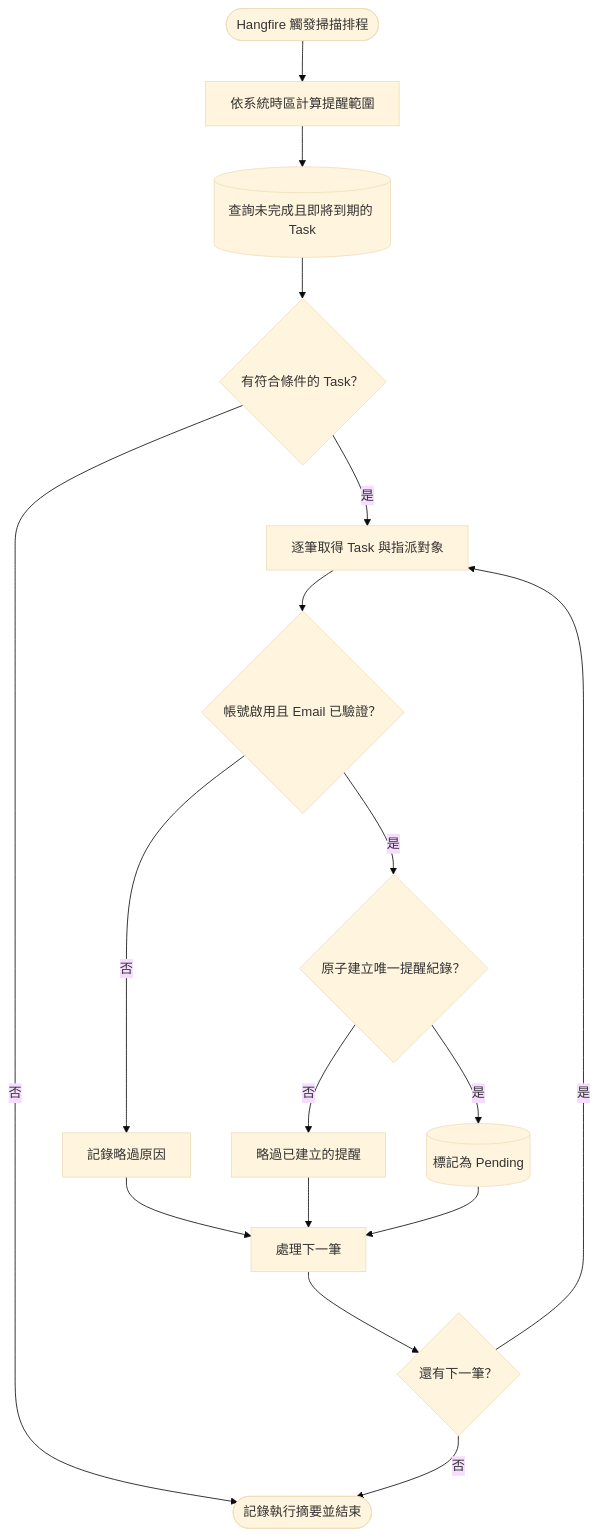
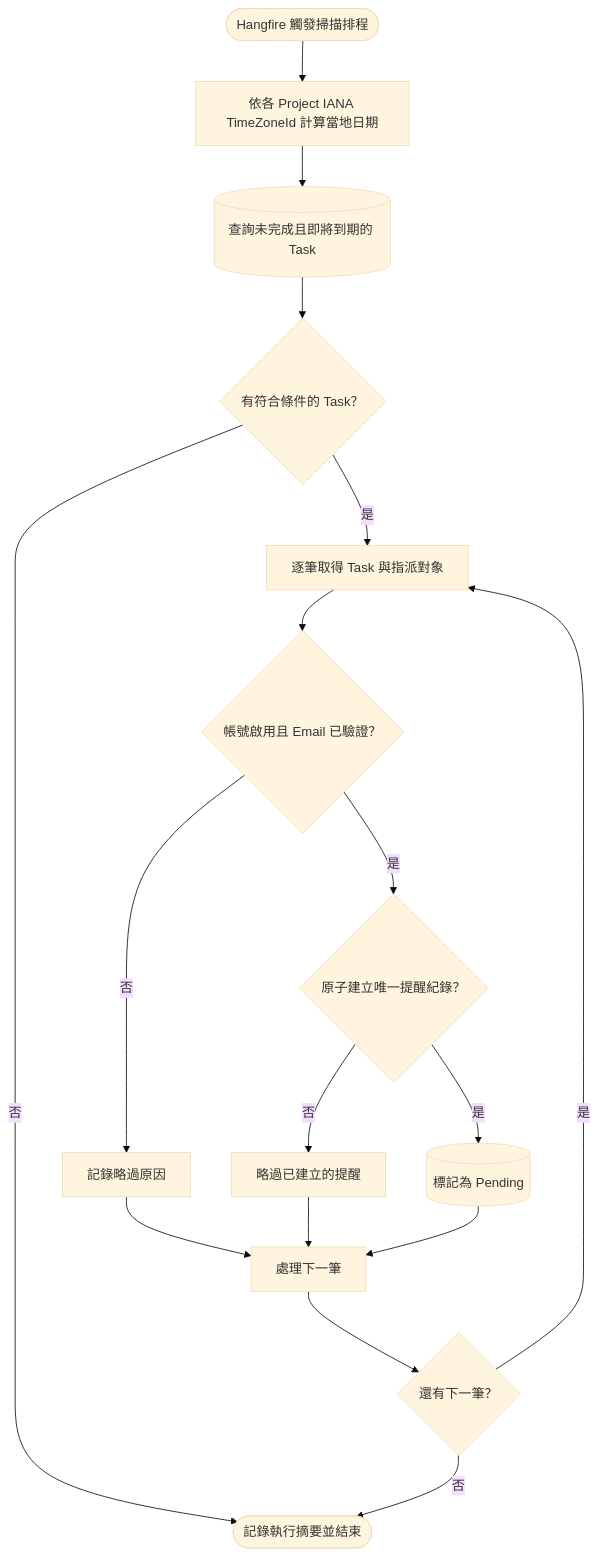
The first of 2 diagrams in Flowchart/E-mail 任務到期提醒.md (JJDing-Louis/ProjectManagementWeb_Spec), drawn with Mermaid (base theme) before and after one commit. The commit also changed other lines of this file and 13 other files, not shown here.

````diff
--- a/Flowchart/E-mail 任務到期提醒.md
+++ b/Flowchart/E-mail 任務到期提醒.md
@@ -7,19 +7,19 @@
 ```mermaid
 flowchart TB
-    reminderStart([Hangfire 觸發掃描排程]) --> calculateWindow[依系統時區計算提醒範圍]
+    reminderStart([Hangfire 觸發掃描排程]) --> calculateWindow[依各 Project IANA TimeZoneId 計算當地日期]
     calculateWindow --> queryTasks[(查詢未完成且即將到期的 Task)]
     queryTasks --> hasReminderTasks{有符合條件的 Task？}
     hasReminderTasks -->|否| reminderSummary([記錄執行摘要並結束])
     hasReminderTasks -->|是| selectReminderTask[逐筆取得 Task 與指派對象]
     selectReminderTask --> recipientValid{帳號啟用且 Email 已驗證？}
     recipientValid -->|否| recordSkipped[記錄略過原因]
     recipientValid -->|是| createReminder{原子建立唯一提醒紀錄？}
     createReminder -->|否| recordDuplicate[略過已建立的提醒]
     createReminder -->|是| markPending[(標記為 Pending)]
     recordSkipped --> nextReminder[處理下一筆]
     recordDuplicate --> nextReminder
     markPending --> nextReminder
     nextReminder --> hasNextReminder{還有下一筆？}
     hasNextReminder -->|是| selectReminderTask
     hasNextReminder -->|否| reminderSummary
 ```
````
